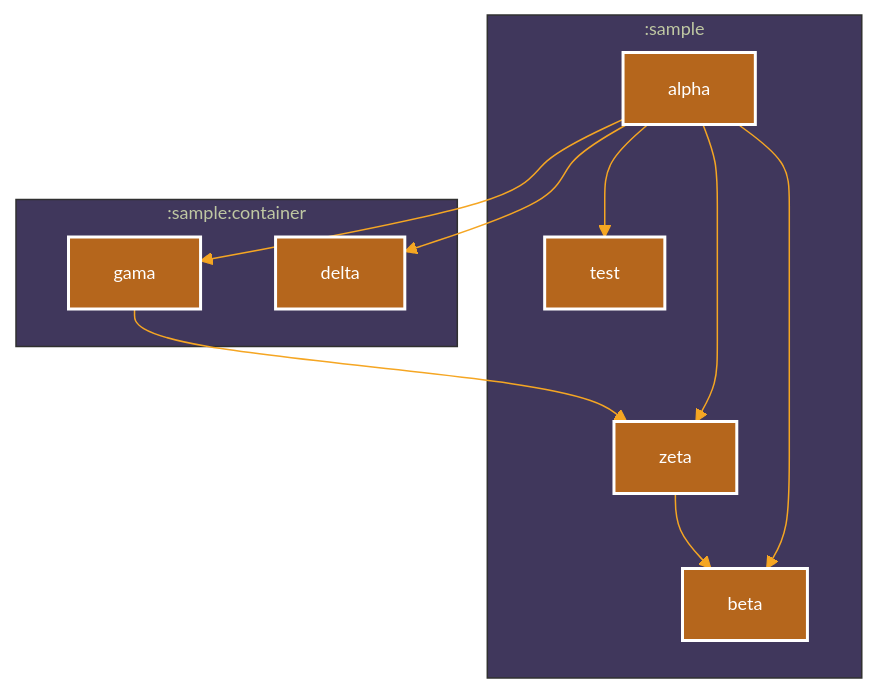
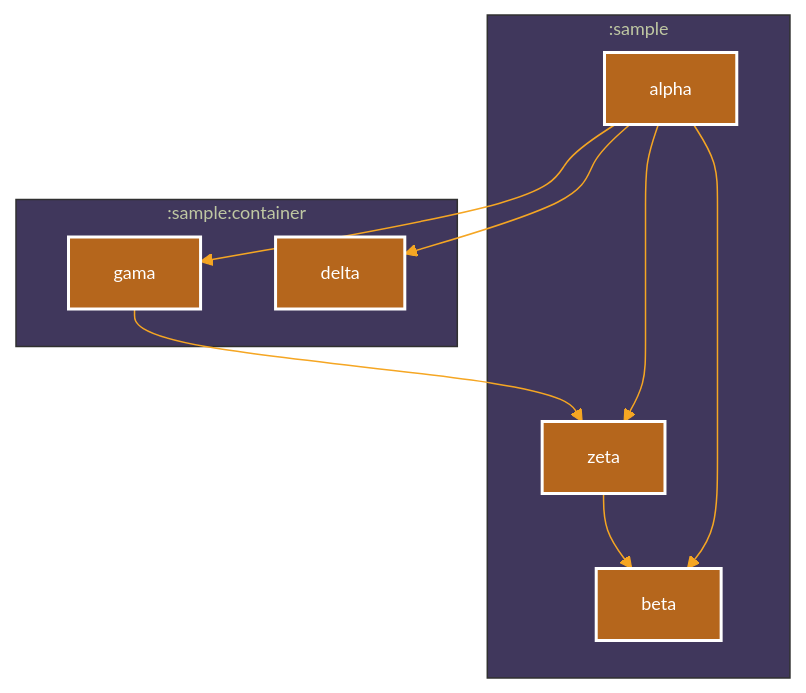
The first of 2 diagrams in sample/README.md (iurysza/module-graph), drawn with Mermaid before and after one commit. The commit also changed other lines of this file and 1 other file, not shown here.

Commit message:
Use nesting in sample

````diff
--- a/sample/README.md
+++ b/sample/README.md
@@ -20,36 +20,33 @@
 ```mermaid
 %%{
   init: {
     'theme': 'base',
     'themeVariables': {"primaryTextColor":"#F6F8FAff","primaryColor":"#5a4f7c","primaryBorderColor":"#5a4f7c","tertiaryColor":"#40375c","lineColor":"#f5a623","fontSize":"12px"}
   }
 }%%
 
 graph TB
   subgraph :sample
     :sample:zeta["zeta"]
     :sample:beta["beta"]
     :sample:alpha["alpha"]
-    :sample:test["test"]
   end
   subgraph :sample:container
     :sample:container:gama["gama"]
     :sample:container:delta["delta"]
   end
   :sample:container:gama --> :sample:zeta
   :sample:zeta --> :sample:beta
   :sample:alpha --> :sample:zeta
   :sample:alpha --> :sample:beta
   :sample:alpha --> :sample:container:gama
   :sample:alpha --> :sample:container:delta
-  :sample:alpha --> :sample:test
 
 classDef java fill:#B5661C,stroke:#fff,stroke-width:2px,color:#fff;
 class :sample:container:gama java
 class :sample:zeta java
 class :sample:beta java
 class :sample:alpha java
 class :sample:container:delta java
-class :sample:test java
 
 ```
````
